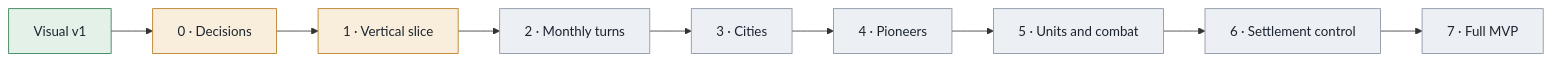
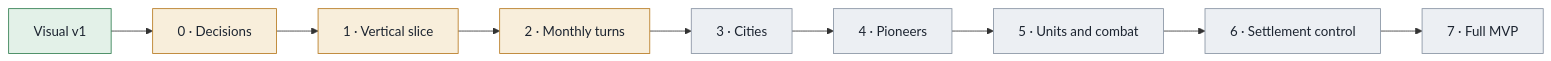
Before and after one commit to EllaSharakanski/statecraft-israel: the diagram in README.md, drawn with Mermaid. The commit also changed other lines of this file and 1 other file, not shown here.

First line of the commit message:
docs: the README roadmap matches main, 44 monthly turns (refs #711) (#715)

````diff
--- a/README.md
+++ b/README.md
@@ -89,14 +89,14 @@
 ```mermaid
 flowchart LR
   V["Visual v1"]:::done --> P0["0 · Decisions"]:::now
   P0 --> P1["1 · Vertical slice"]:::now
-  P1 --> P2["2 · Monthly turns"]:::next
+  P1 --> P2["2 · Monthly turns"]:::now
   P2 --> P3["3 · Cities"]:::next
   P3 --> P4["4 · Pioneers"]:::next
   P4 --> P5["5 · Units and combat"]:::next
   P5 --> P6["6 · Settlement control"]:::next
   P6 --> P7["7 · Full MVP"]:::next
   classDef done fill:#e3f1e8,stroke:#2f7d4f,color:#1c2430
   classDef now fill:#f8eedb,stroke:#b7791f,color:#1c2430
   classDef next fill:#eceff3,stroke:#8792a2,color:#1c2430
 ```
````
